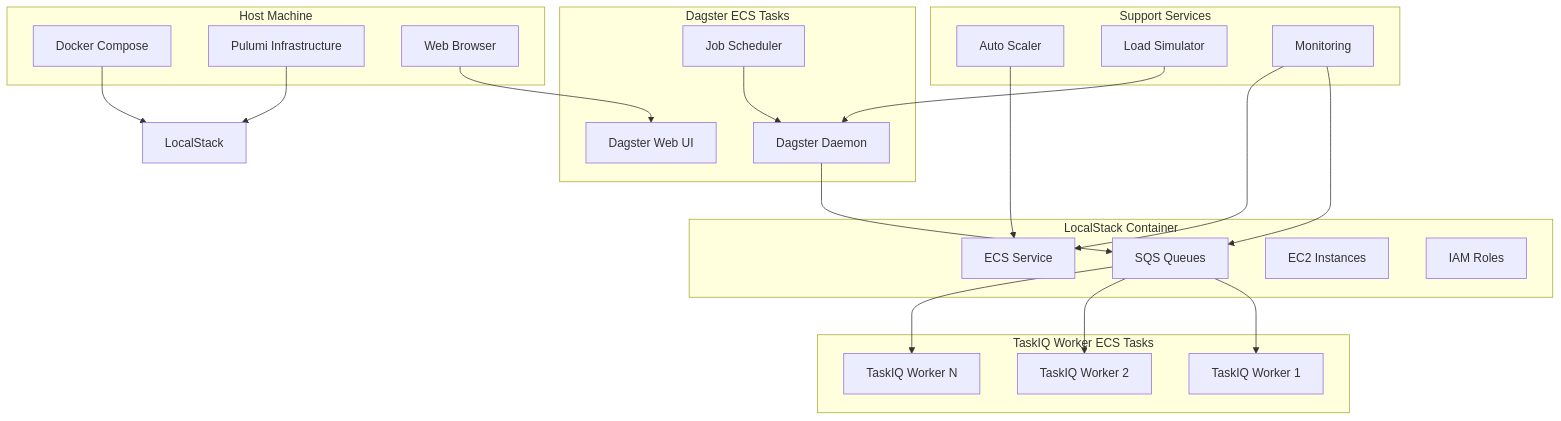
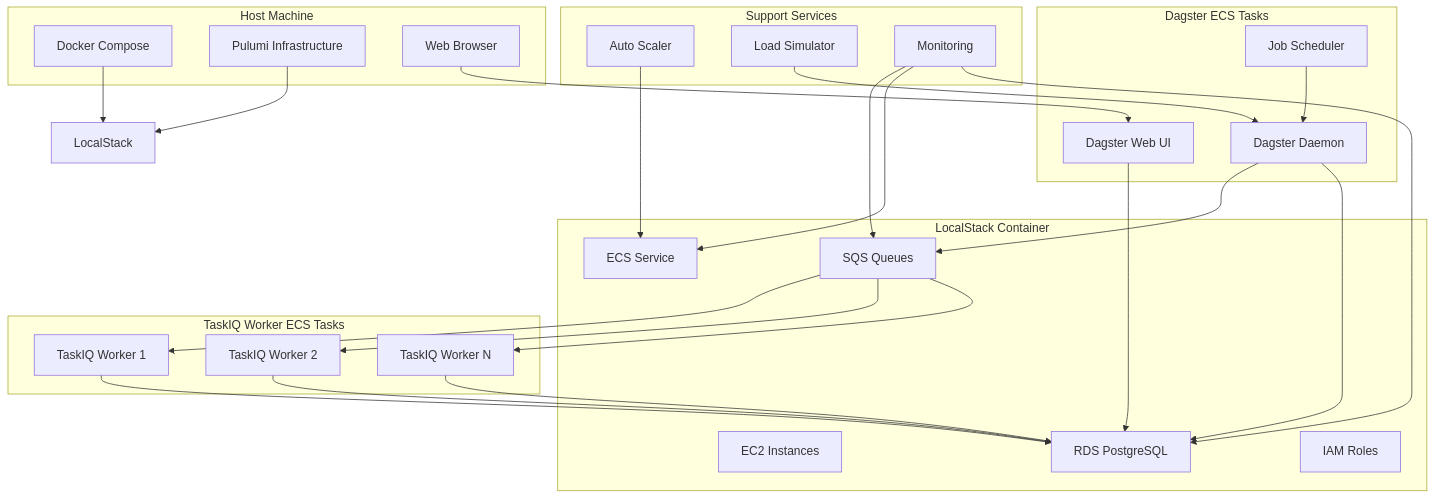
The first of 2 diagrams in .kiro/specs/dagster-taskiq-localstack/design.md (KyleKing/dagster-taskiq-executor-demo), drawn with Mermaid before and after one commit. The commit also changed other lines of this file and 8 other files, not shown here.

````diff
--- a/.kiro/specs/dagster-taskiq-localstack/design.md
+++ b/.kiro/specs/dagster-taskiq-localstack/design.md
@@ -13,48 +13,55 @@
 ```mermaid
 graph TB
     subgraph "Host Machine"
         DC[Docker Compose]
         PU[Pulumi Infrastructure]
         UI[Web Browser]
     end
     
     subgraph "LocalStack Container"
         SQS[SQS Queues]
         ECS[ECS Service]
         EC2[EC2 Instances]
+        RDS[RDS PostgreSQL]
         IAM[IAM Roles]
     end
     
     subgraph "Dagster ECS Tasks"
         DD[Dagster Daemon]
         DW[Dagster Web UI]
         JS[Job Scheduler]
     end
     
     subgraph "TaskIQ Worker ECS Tasks"
         TW1[TaskIQ Worker 1]
         TW2[TaskIQ Worker 2]
         TWN[TaskIQ Worker N]
     end
     
     subgraph "Support Services"
         AS[Auto Scaler]
         LS[Load Simulator]
         MON[Monitoring]
     end
     
     DC --> LocalStack
     PU --> LocalStack
     UI --> DW
     
     DD --> SQS
+    DD --> RDS
+    DW --> RDS
     JS --> DD
     SQS --> TW1
     SQS --> TW2
     SQS --> TWN
+    TW1 --> RDS
+    TW2 --> RDS
+    TWN --> RDS
     
     AS --> ECS
     LS --> DD
     MON --> SQS
     MON --> ECS
+    MON --> RDS
 ```
````
